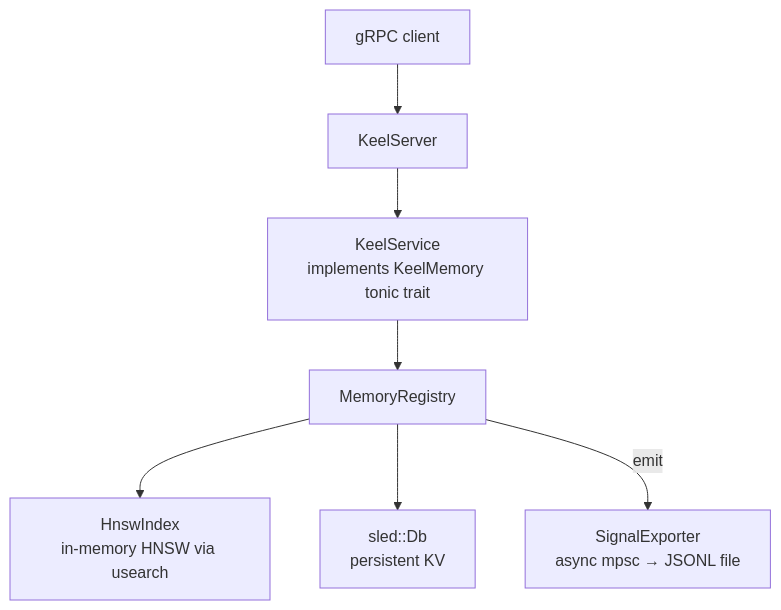
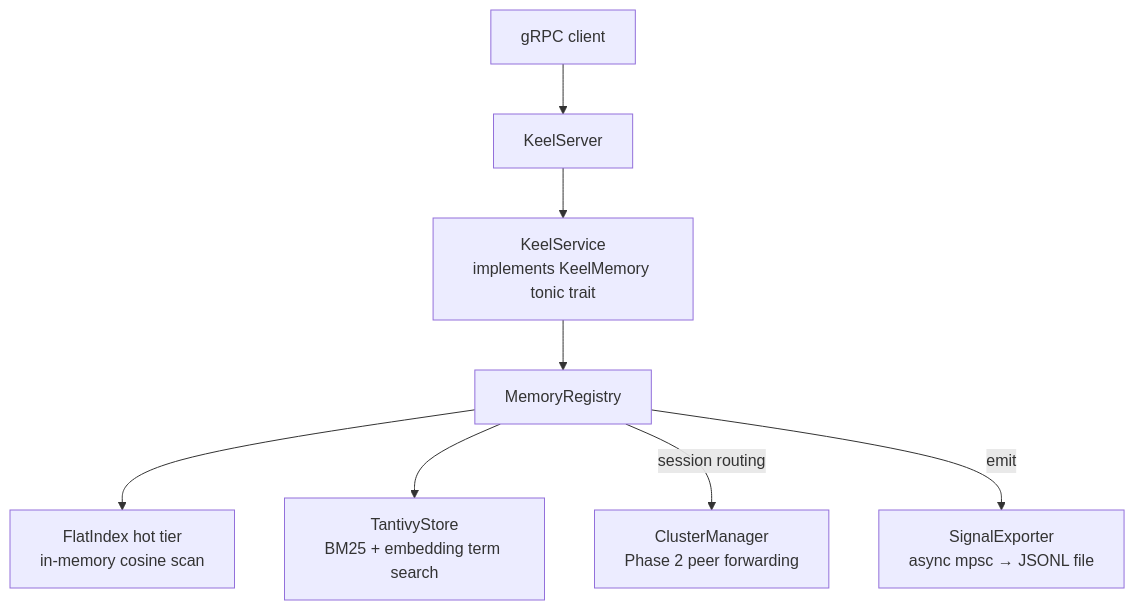
The second of 5 diagrams in README.md (jordan-carson/keel), drawn with Mermaid before and after one commit. The commit also changed other lines of this file and 29 other files, not shown here.

````diff
--- a/README.md
+++ b/README.md
@@ -22,9 +22,10 @@
 ```mermaid
 flowchart TD
     A[gRPC client] --> B[KeelServer]
     B --> C[KeelService\nimplements KeelMemory tonic trait]
     C --> D[MemoryRegistry]
-    D --> E[HnswIndex\nin-memory HNSW via usearch]
-    D --> F[sled::Db\npersistent KV]
+    D --> E[FlatIndex hot tier\nin-memory cosine scan]
+    D --> F[TantivyStore\nBM25 + embedding term search]
+    D -->|session routing| H[ClusterManager\nPhase 2 peer forwarding]
     D -->|emit| G[SignalExporter\nasync mpsc → JSONL file]
 ```
````
